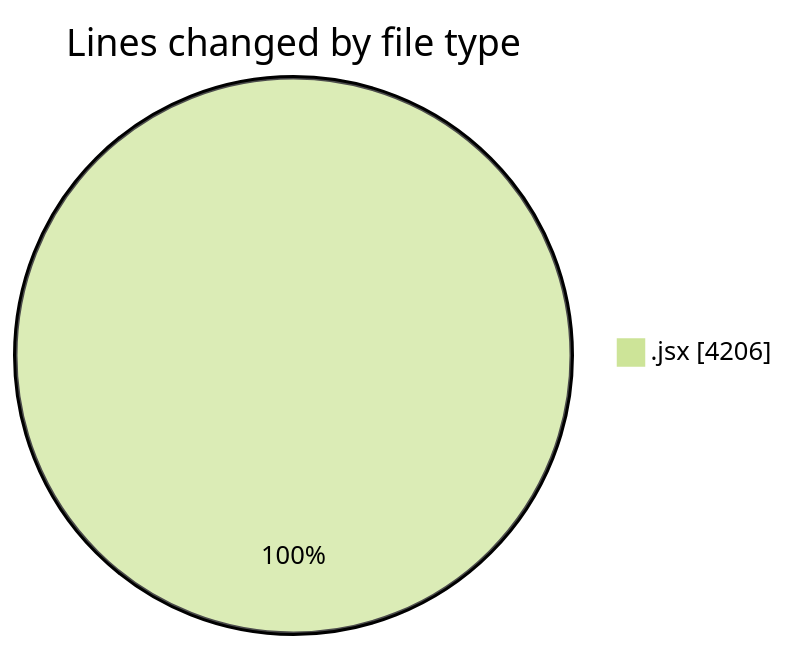
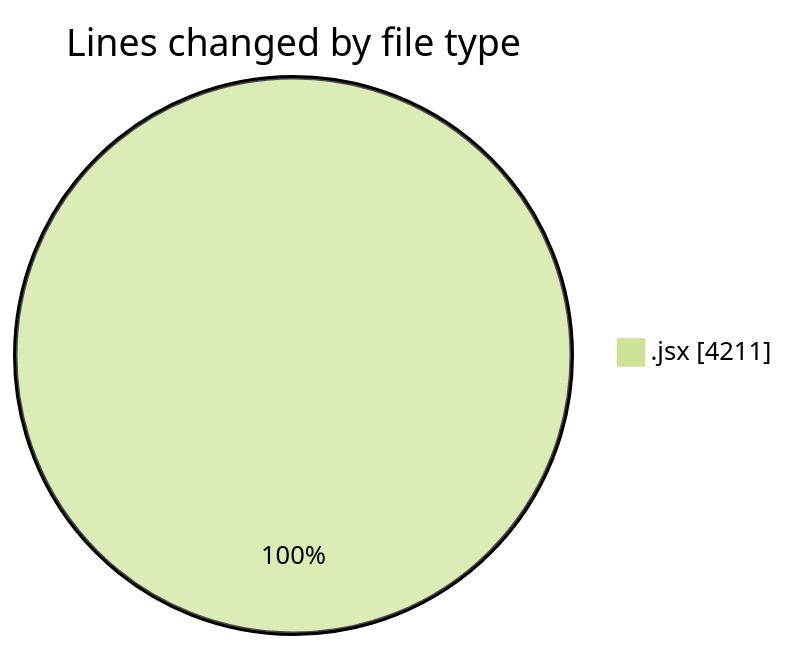
Before and after one commit to nxtqubesakshisongat/code-tracking: the first of 2 diagrams in 2026-01-06/nxtqube_webapp/README.md, drawn with Mermaid (forest theme). The commit also changed other lines of this file and 1 other file, not shown here.

````diff
--- a/2026-01-06/nxtqube_webapp/README.md
+++ b/2026-01-06/nxtqube_webapp/README.md
@@ -21,5 +21,5 @@
 ```mermaid
 pie showData
 title Lines changed by file type
-".jsx" : 4206
+".jsx" : 4211
 ```
````
